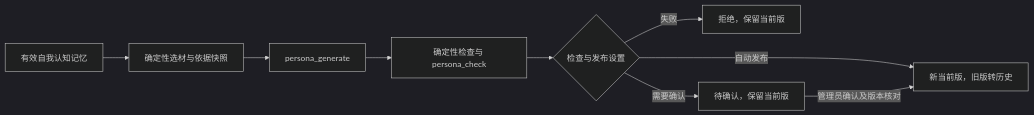
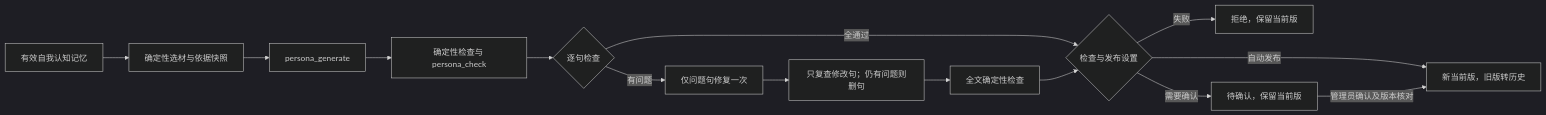
The diagram in ARCHITECTURE.md (AirObject/iris-core), drawn with Mermaid (dark theme) before and after one commit. The commit also changed other lines of this file and 125 other files, not shown here.

````diff
--- a/ARCHITECTURE.md
+++ b/ARCHITECTURE.md
@@ -224,11 +224,16 @@
 ```mermaid
 flowchart LR
     A[有效自我认知记忆] --> B[确定性选材与依据快照]
     B --> C[persona_generate]
     C --> D[确定性检查与 persona_check]
-    D --> E{检查与发布设置}
+    D --> R{逐句检查}
+    R -->|有问题| S[仅问题句修复一次]
+    S --> T[只复查修改句；仍有问题则删句]
+    T --> U[全文确定性检查]
+    R -->|全通过| E{检查与发布设置}
+    U --> E
     E -->|失败| F[拒绝，保留当前版]
     E -->|需要确认| G[待确认，保留当前版]
     E -->|自动发布| H[新当前版，旧版转历史]
     G -->|管理员确认及版本核对| H
 ```
````
